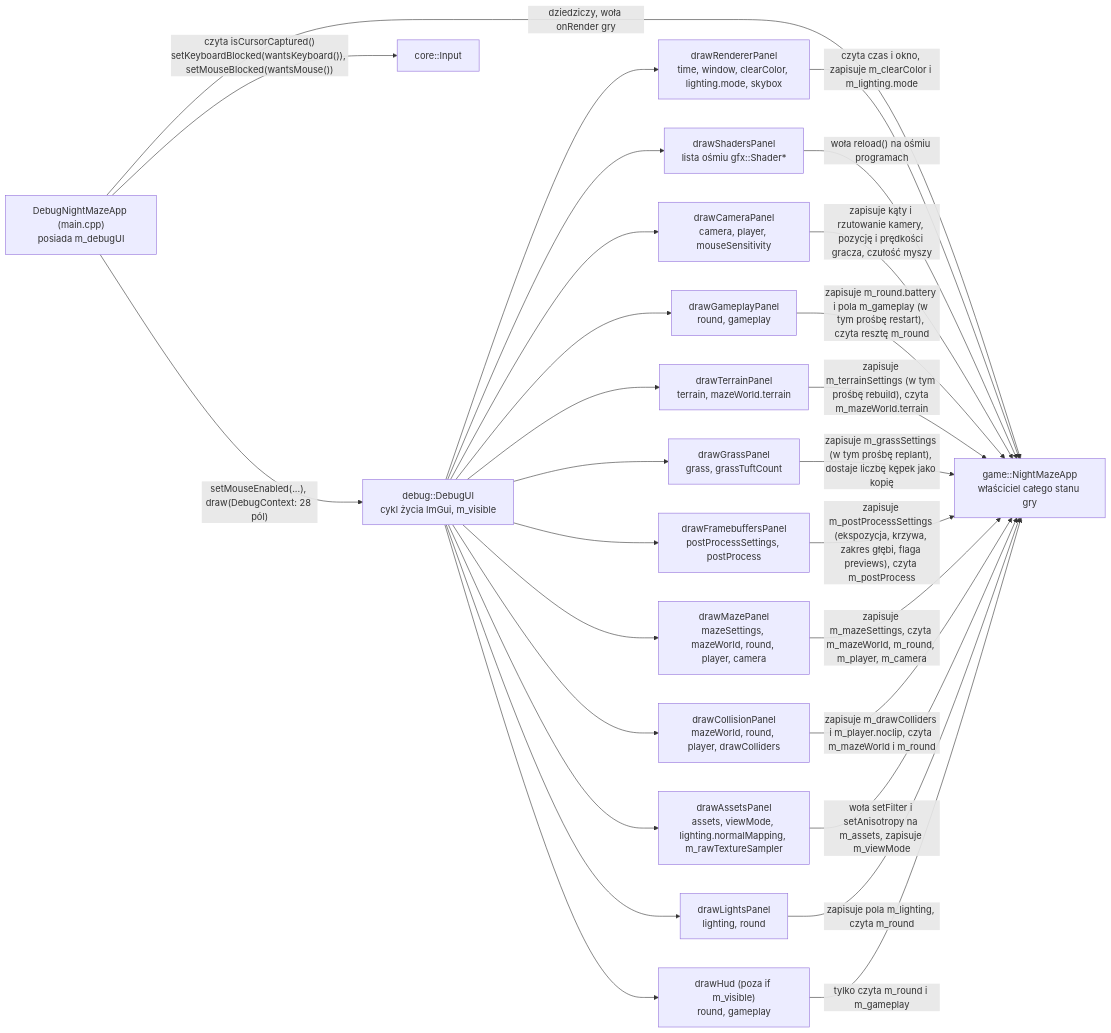
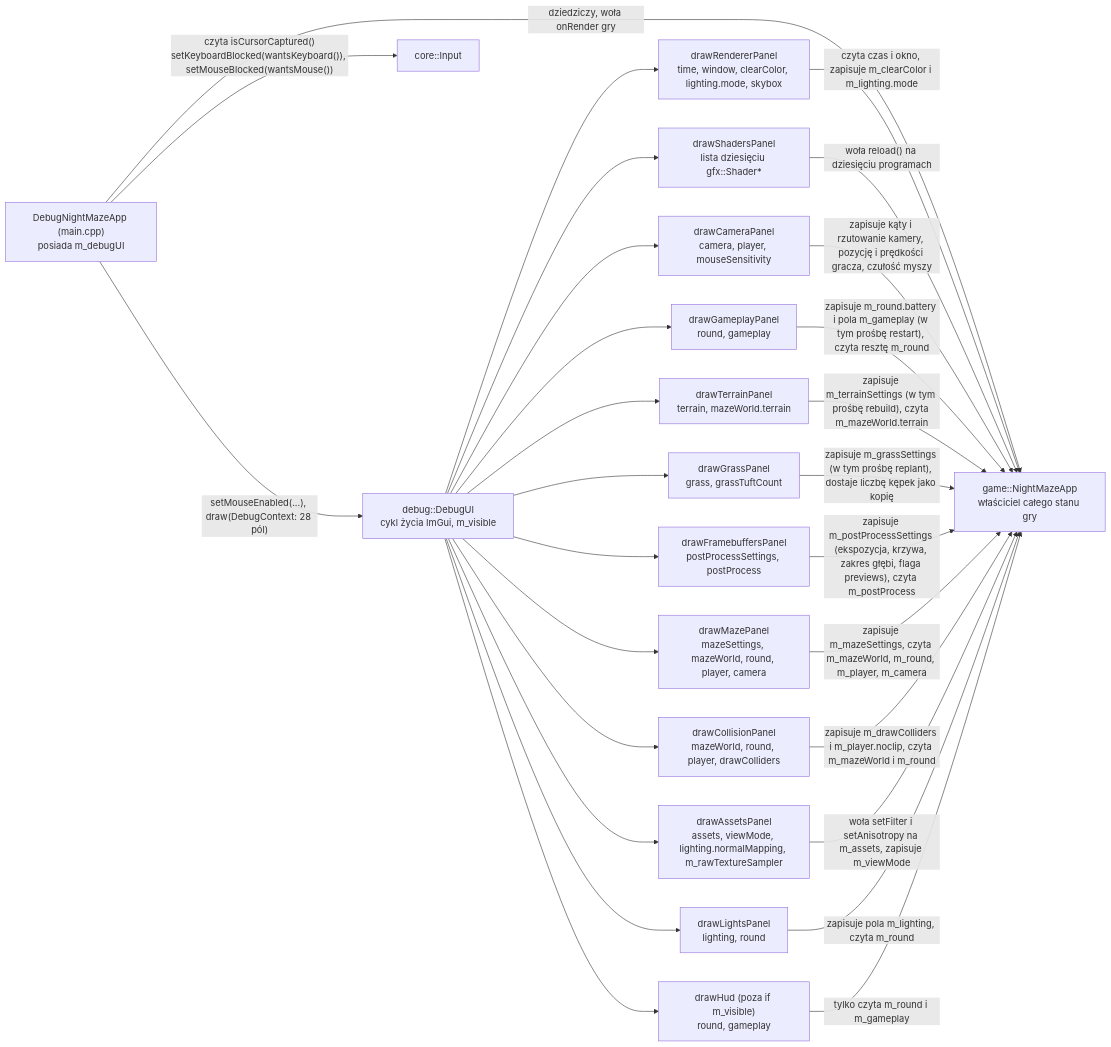
The second of 2 diagrams in docs/modules/debug-ui.md (Shironex/night-maze), drawn with Mermaid before and after one commit. The commit also changed other lines of this file and 72 other files, not shown here.

````diff
--- a/docs/modules/debug-ui.md
+++ b/docs/modules/debug-ui.md
@@ -225,30 +226,30 @@
 ```mermaid
 flowchart LR
     Main["DebugNightMazeApp (main.cpp)<br/>posiada m_debugUI"] -->|"setMouseEnabled(...), draw(DebugContext: 28 pól)"| UI["debug::DebugUI<br/>cykl życia ImGui, m_visible"]
     Main -->|"dziedziczy, woła onRender gry"| Game["game::NightMazeApp<br/>właściciel całego stanu gry"]
     Main -->|"czyta isCursorCaptured()<br/>setKeyboardBlocked(wantsKeyboard()), setMouseBlocked(wantsMouse())"| In["core::Input"]
     UI --> RP["drawRendererPanel<br/>time, window, clearColor, lighting.mode, skybox"]
-    UI --> SP["drawShadersPanel<br/>lista ośmiu gfx::Shader*"]
+    UI --> SP["drawShadersPanel<br/>lista dziesięciu gfx::Shader*"]
     UI --> CP["drawCameraPanel<br/>camera, player, mouseSensitivity"]
     UI --> GP["drawGameplayPanel<br/>round, gameplay"]
     UI --> TP["drawTerrainPanel<br/>terrain, mazeWorld.terrain"]
     UI --> GR["drawGrassPanel<br/>grass, grassTuftCount"]
     UI --> FB["drawFramebuffersPanel<br/>postProcessSettings, postProcess"]
     UI --> MP["drawMazePanel<br/>mazeSettings, mazeWorld, round, player, camera"]
     UI --> CO["drawCollisionPanel<br/>mazeWorld, round, player, drawColliders"]
     UI --> AP["drawAssetsPanel<br/>assets, viewMode, lighting.normalMapping, m_rawTextureSampler"]
     UI --> LP["drawLightsPanel<br/>lighting, round"]
     UI --> HUD["drawHud (poza if m_visible)<br/>round, gameplay"]
     RP -->|"czyta czas i okno, zapisuje m_clearColor i m_lighting.mode"| Game
-    SP -->|"woła reload() na ośmiu programach"| Game
+    SP -->|"woła reload() na dziesięciu programach"| Game
     CP -->|"zapisuje kąty i rzutowanie kamery, pozycję i prędkości gracza, czułość myszy"| Game
     GP -->|"zapisuje m_round.battery i pola m_gameplay (w tym prośbę restart), czyta resztę m_round"| Game
     TP -->|"zapisuje m_terrainSettings (w tym prośbę rebuild), czyta m_mazeWorld.terrain"| Game
     GR -->|"zapisuje m_grassSettings (w tym prośbę replant), dostaje liczbę kępek jako kopię"| Game
     FB -->|"zapisuje m_postProcessSettings (ekspozycja, krzywa, zakres głębi, flaga previews), czyta m_postProcess"| Game
     MP -->|"zapisuje m_mazeSettings, czyta m_mazeWorld, m_round, m_player, m_camera"| Game
     CO -->|"zapisuje m_drawColliders i m_player.noclip, czyta m_mazeWorld i m_round"| Game
     AP -->|"woła setFilter i setAnisotropy na m_assets, zapisuje m_viewMode"| Game
     LP -->|"zapisuje pola m_lighting, czyta m_round"| Game
     HUD -->|"tylko czyta m_round i m_gameplay"| Game
 ```
````
